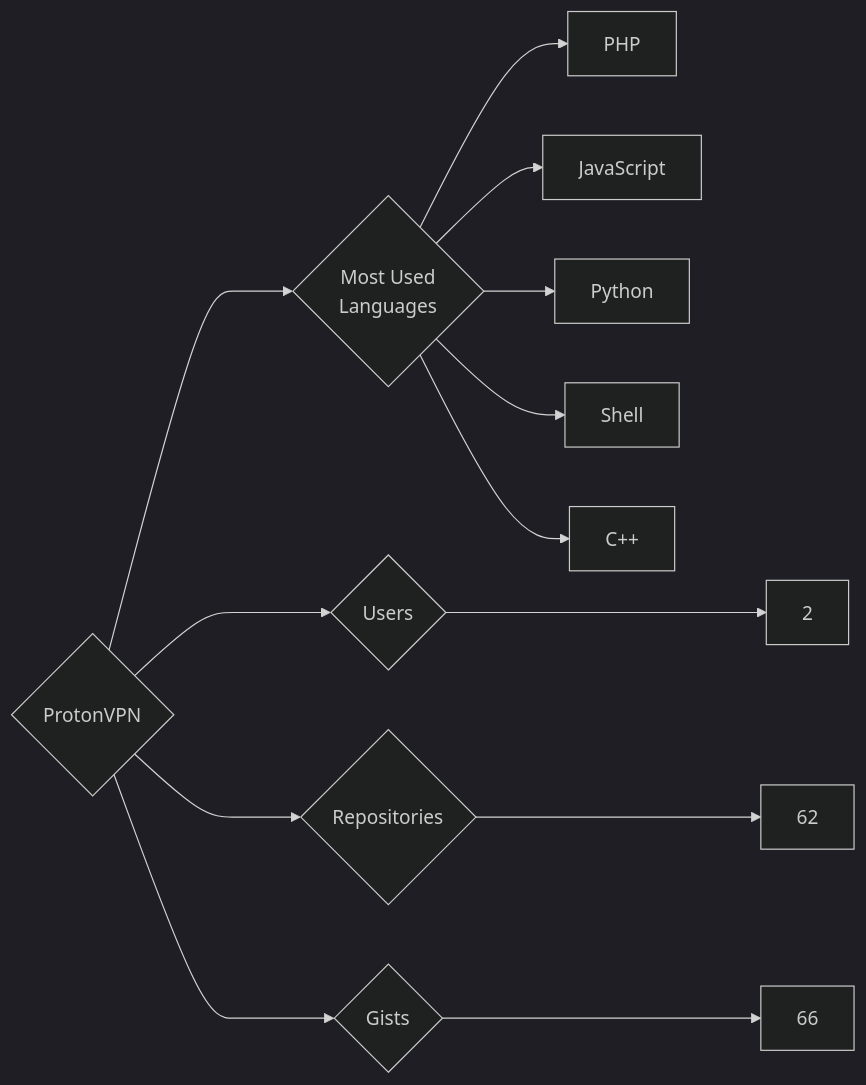
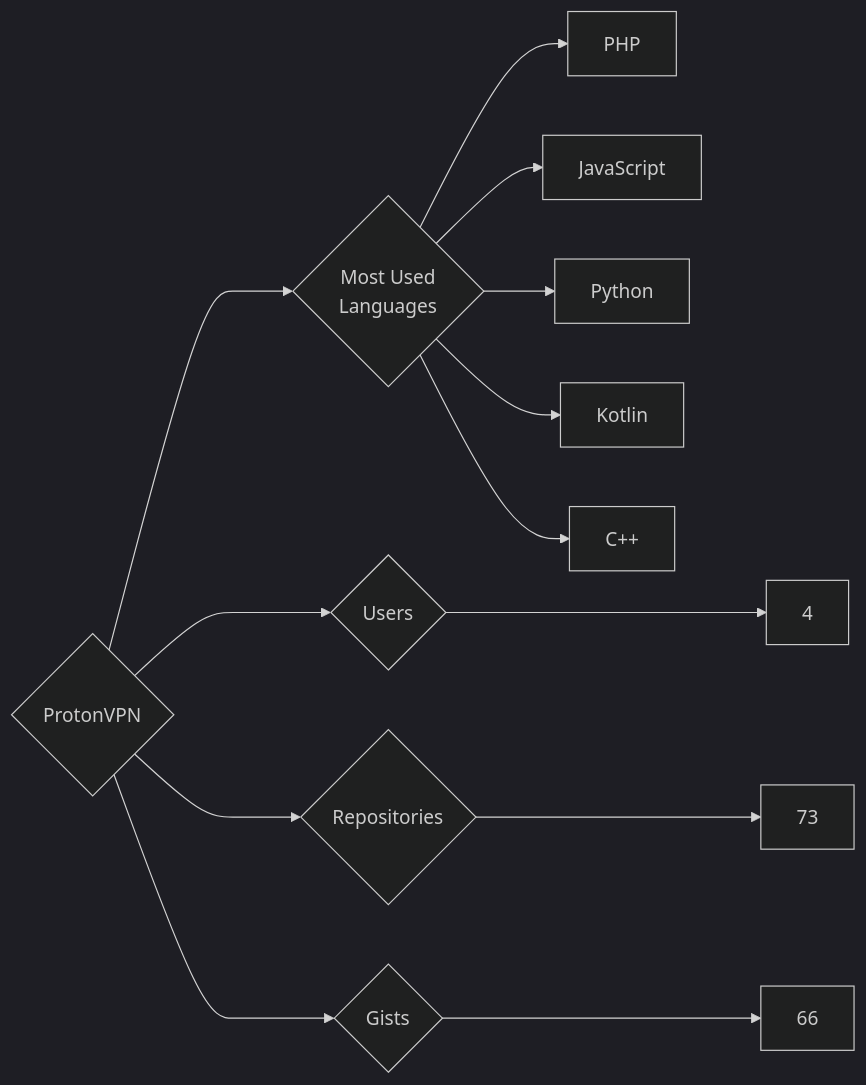
Before and after one commit to trickest/insiders: the diagram in targets/ProtonVPN/README.md, drawn with Mermaid (dark theme). The commit also changed 895 other files, not shown here.

````diff
--- a/targets/ProtonVPN/README.md
+++ b/targets/ProtonVPN/README.md
@@ -3,13 +3,13 @@
 ```mermaid
 graph LR
 COMPANY_NAME{ProtonVPN}
-COMPANY_NAME ---> U{Users} ---> UN[2]
-COMPANY_NAME ---> R{Repositories} ---> RN[62]
+COMPANY_NAME ---> U{Users} ---> UN[4]
+COMPANY_NAME ---> R{Repositories} ---> RN[73]
 COMPANY_NAME ---> G{Gists} ---> GN[66]
 COMPANY_NAME ---> ML{Most Used<br>Languages}
 ML --> PHP[PHP]
 ML --> JavaScript[JavaScript]
 ML --> Python[Python]
-ML --> Shell[Shell]
+ML --> Kotlin[Kotlin]
 ML --> C++[C++]
 ```
````
